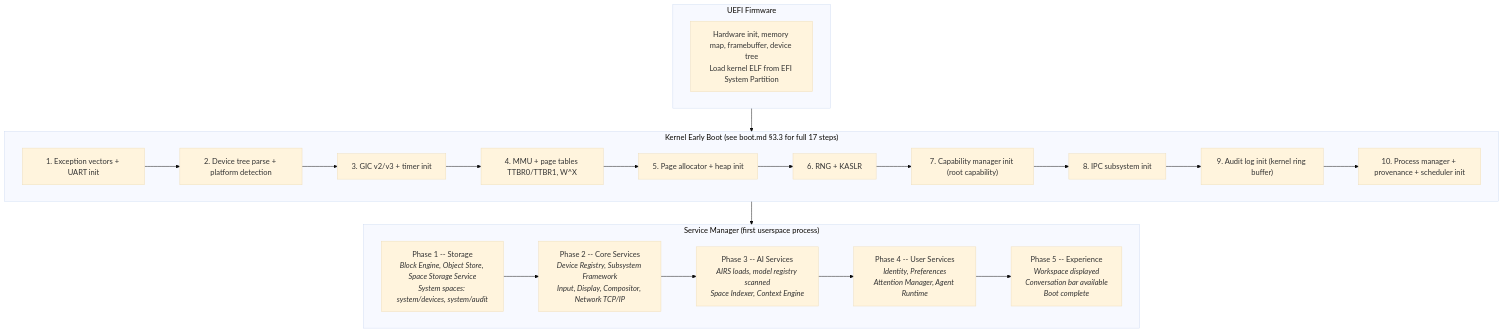
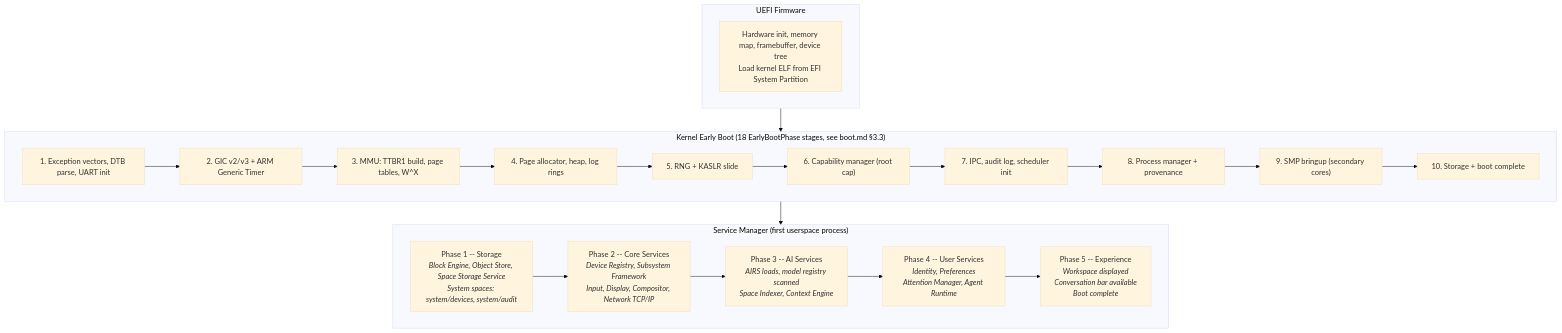
One commit to juslee/aios changed the seventh of 7 diagrams in docs/project/architecture.md. Above: the diagram before and after it, drawn with Mermaid (base theme). The commit also changed other lines of this file, not shown here.

Commit message:
Docs: Add missing links, refresh diagrams, add cross-references in architecture.md
- Add 6 missing related doc links (overview, deadlock-prevention, inspector,
  language-ecosystem, fuzzing-and-hardening, static-analysis)
- Refresh Space Storage Mermaid diagram: add WAL component, CRC-32C/SHA-256 details
- Refresh Boot Sequence diagram: fix "17 steps" → "18 EarlyBootPhase stages",
  expand step labels to better reflect implemented boot phases
- Add sub-document navigation cross-references after §2.2 (spaces), §2.4 (flow),
  and §3.1 (security) sections

````diff
--- a/docs/project/architecture.md
+++ b/docs/project/architecture.md
@@ -1337,45 +1353,45 @@
 ```mermaid
 flowchart TD
     subgraph UEFI["UEFI Firmware"]
         FW["`Hardware init, memory map, framebuffer, device tree
 Load kernel ELF from EFI System Partition`"]
     end
 
-    subgraph KBOOT["Kernel Early Boot (see boot.md &sect;3.3 for full 17 steps)"]
+    subgraph KBOOT["Kernel Early Boot (18 EarlyBootPhase stages, see boot.md &sect;3.3)"]
         direction LR
-        K1["1. Exception vectors + UART init"]
-        K2["2. Device tree parse + platform detection"]
-        K3["3. GIC v2/v3 + timer init"]
-        K4["4. MMU + page tables TTBR0/TTBR1, W^X"]
-        K5["5. Page allocator + heap init"]
-        K6["6. RNG + KASLR"]
-        K7["7. Capability manager init (root capability)"]
-        K8["8. IPC subsystem init"]
-        K9["9. Audit log init (kernel ring buffer)"]
-        K10["10. Process manager + provenance + scheduler init"]
+        K1["1. Exception vectors, DTB parse, UART init"]
+        K2["2. GIC v2/v3 + ARM Generic Timer"]
+        K3["3. MMU: TTBR1 build, page tables, W^X"]
+        K4["4. Page allocator, heap, log rings"]
+        K5["5. RNG + KASLR slide"]
+        K6["6. Capability manager (root cap)"]
+        K7["7. IPC, audit log, scheduler init"]
+        K8["8. Process manager + provenance"]
+        K9["9. SMP bringup (secondary cores)"]
+        K10["10. Storage + boot complete"]
         K1 --> K2 --> K3 --> K4 --> K5 --> K6 --> K7 --> K8 --> K9 --> K10
     end
 
     subgraph SVCMGR["Service Manager (first userspace process)"]
         direction LR
         P1["`Phase 1 -- Storage
 *Block Engine, Object Store, Space Storage Service
 System spaces: system/devices, system/audit*`"]
         P2["`Phase 2 -- Core Services
 *Device Registry, Subsystem Framework
 Input, Display, Compositor, Network TCP/IP*`"]
         P3["`Phase 3 -- AI Services
 *AIRS loads, model registry scanned
 Space Indexer, Context Engine*`"]
         P4["`Phase 4 -- User Services
 *Identity, Preferences
 Attention Manager, Agent Runtime*`"]
         P5["`Phase 5 -- Experience
 *Workspace displayed
 Conversation bar available
 Boot complete*`"]
         P1 --> P2 --> P3 --> P4 --> P5
     end
 
     UEFI --> KBOOT --> SVCMGR
 ```
````
